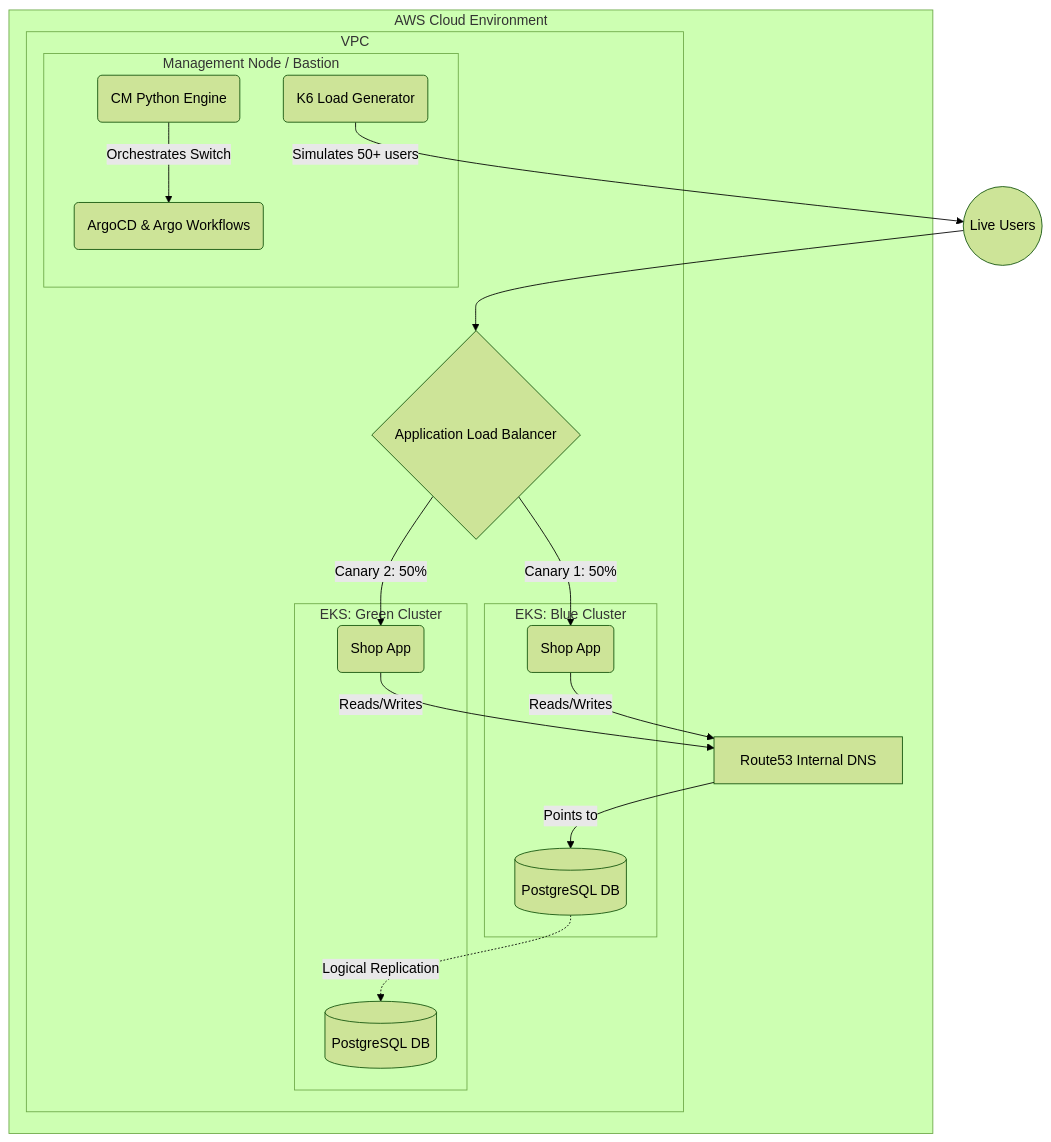
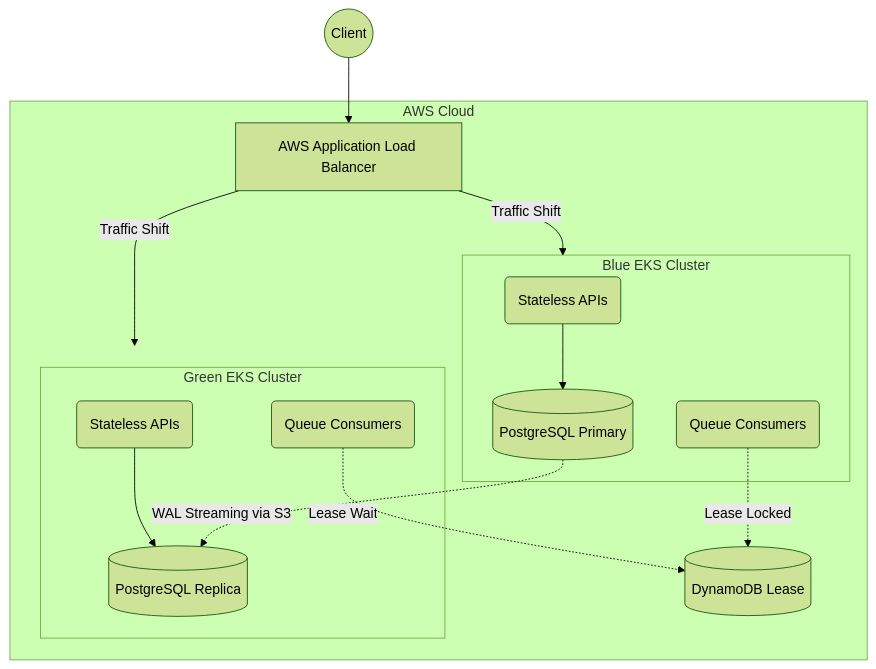
The first of 3 diagrams in README.md (kaushalpatil205/clustermotion), drawn with Mermaid (forest theme) before and after one commit. The commit also changed other lines of this file, not shown here.

````diff
--- a/README.md
+++ b/README.md
@@ -9,40 +33,28 @@
 ```mermaid
 flowchart TD
-    subgraph AWS Cloud [AWS Cloud Environment]
-        subgraph VPC [VPC]
-            subgraph Blue Cluster [EKS: Blue Cluster]
-                AppB(Shop App)
-                DBB[(PostgreSQL DB)]
-            end
-            
-            subgraph Green Cluster [EKS: Green Cluster]
-                AppG(Shop App)
-                DBG[(PostgreSQL DB)]
-            end
-            
-            subgraph Mgmt [Management Node / Bastion]
-                Argo(ArgoCD & Argo Workflows)
-                Engine(CM Python Engine)
-                LoadGen(K6 Load Generator)
-            end
-            
-            ALB{Application Load Balancer}
+    Client((Client)) --> ALB[AWS Application Load Balancer]
+    
+    subgraph AWS Cloud
+        ALB -->|Traffic Shift| Blue[Blue EKS Cluster 1.34]
+        ALB -->|Traffic Shift| Green[Green EKS Cluster 1.36]
+        
+        subgraph Blue [Blue EKS Cluster]
+            B_API(Stateless APIs)
+            B_Worker(Queue Consumers)
+            B_DB[(PostgreSQL Primary)]
         end
         
-        DNS[Route53 Internal DNS]
+        subgraph Green [Green EKS Cluster]
+            G_API(Stateless APIs)
+            G_Worker(Queue Consumers)
+            G_DB[(PostgreSQL Replica)]
+        end
+        
+        B_API --> B_DB
+        G_API --> G_DB
+        B_DB -.->|WAL Streaming via S3| G_DB
+        
+        B_Worker -.->|Lease Locked| DynamoDB[(DynamoDB Lease)]
+        G_Worker -.->|Lease Wait| DynamoDB
     end
-
-    User((Live Users)) --> ALB
-    ALB -->|Canary 1: 50%| AppB
-    ALB -->|Canary 2: 50%| AppG
-    
-    AppB -->|Reads/Writes| DNS
-    AppG -->|Reads/Writes| DNS
-    
-    DNS -->|Points to| DBB
-    
-    DBB -.->|Logical Replication| DBG
-    
-    LoadGen -->|Simulates 50+ users| User
-    Engine -->|Orchestrates Switch| Argo
 ```
````
